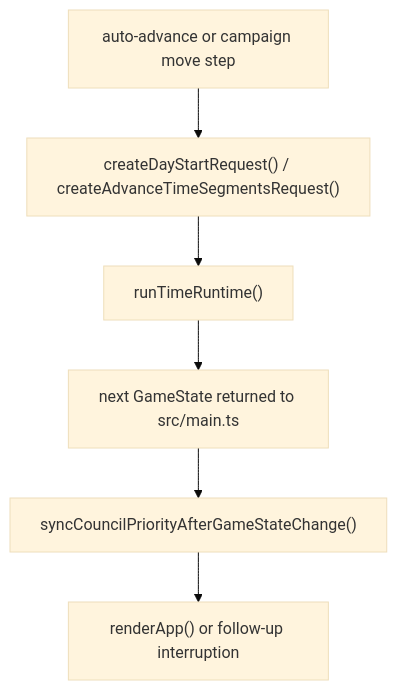
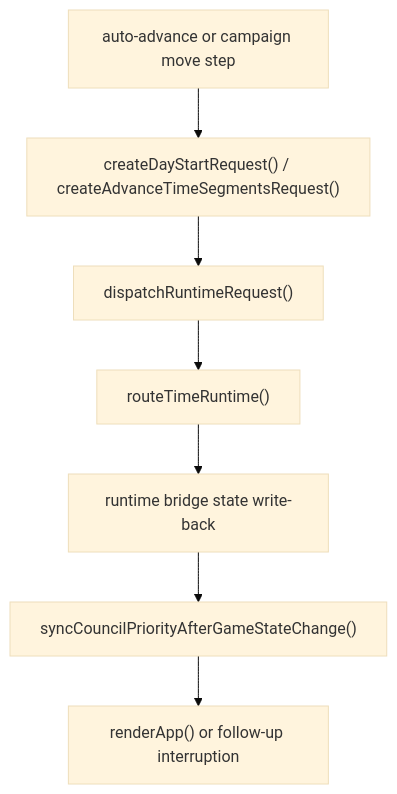
Before and after one commit to MA141277/RPG_TG: the third of 3 diagrams in docs/superpowers/weekly/2026-07-02-weekly-architecture-report.md, drawn with Mermaid (base theme). The commit also changed other lines of this file and 13 other files, not shown here.

Commit message:
converge child 15 navigation and time runtime entry ownership

````diff
--- a/docs/superpowers/weekly/2026-07-02-weekly-architecture-report.md
+++ b/docs/superpowers/weekly/2026-07-02-weekly-architecture-report.md
@@ -89,8 +88,9 @@
 ```mermaid
 flowchart TD
     A["auto-advance or campaign move step"] --> B["createDayStartRequest() / createAdvanceTimeSegmentsRequest()"]
-    B --> C["runTimeRuntime()"]
-    C --> D["next GameState returned to src/main.ts"]
-    D --> E["syncCouncilPriorityAfterGameStateChange()"]
-    E --> F["renderApp() or follow-up interruption"]
+    B --> C["dispatchRuntimeRequest()"]
+    C --> D["routeTimeRuntime()"]
+    D --> E["runtime bridge state write-back"]
+    E --> F["syncCouncilPriorityAfterGameStateChange()"]
+    F --> G["renderApp() or follow-up interruption"]
 ```
````
